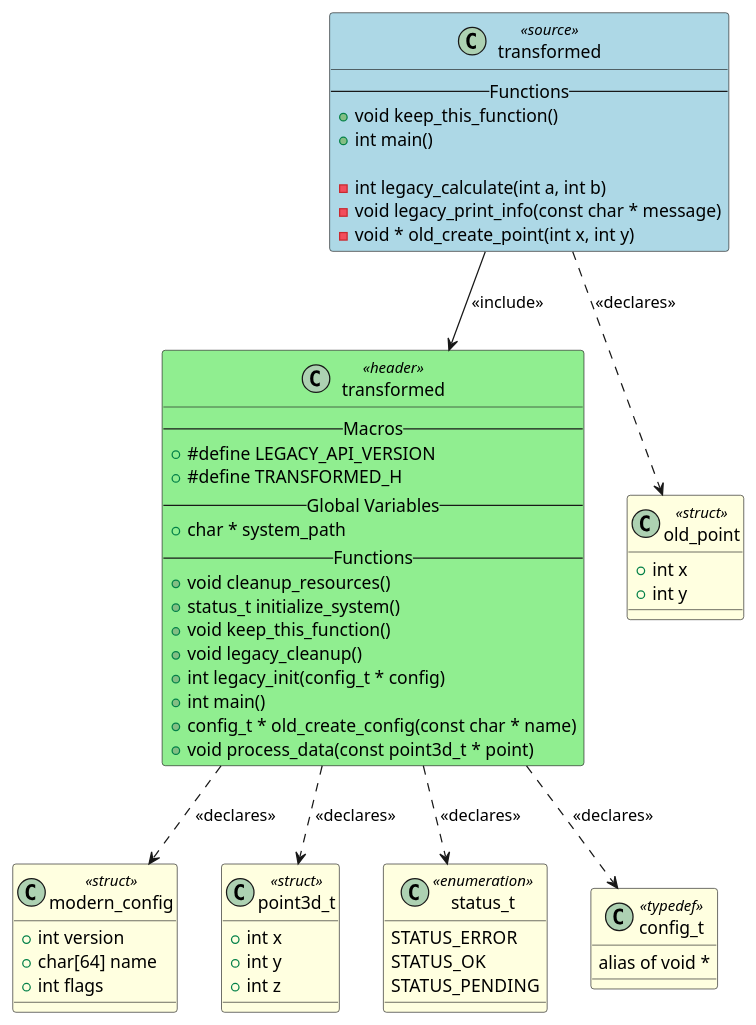
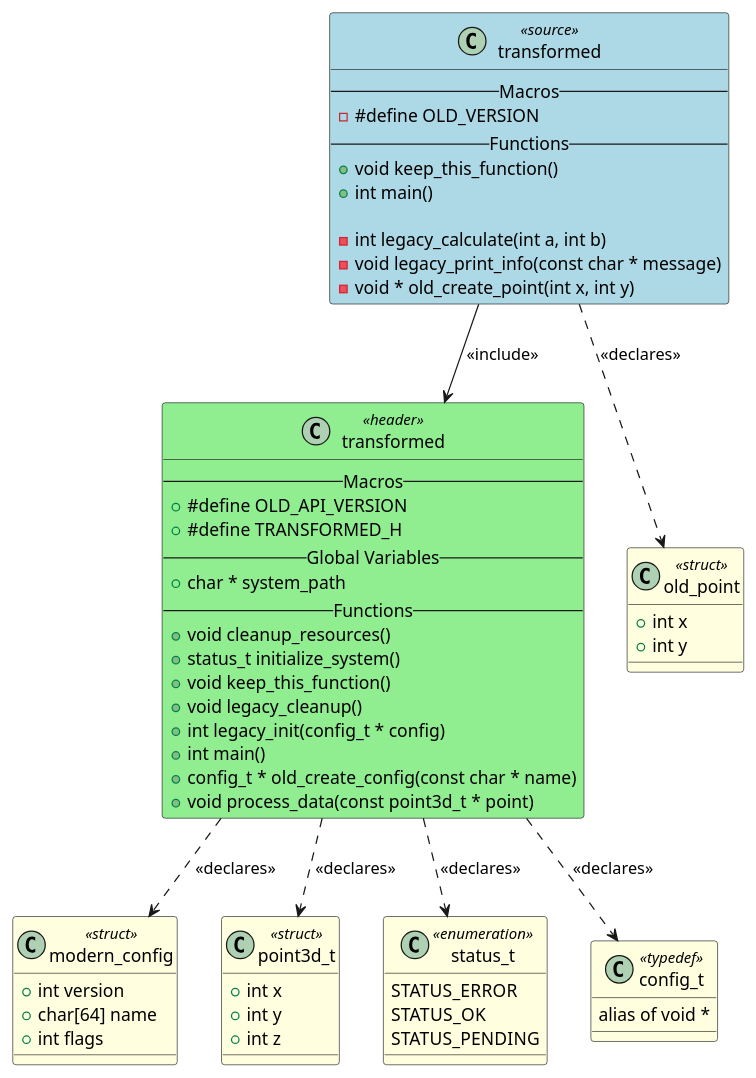
The diagram in artifacts/output_example/transformed.puml (fischerjooo/c2puml), drawn with PlantUML before and after one commit. The commit also changed 5 other files, not shown here.

```diff
--- a/artifacts/output_example/transformed.puml
+++ b/artifacts/output_example/transformed.puml
@@ -1,77 +1,79 @@
 @startuml transformed
 
 class "transformed" as TRANSFORMED <<source>> #LightBlue
 {
+    -- Macros --
+    - #define OLD_VERSION
     -- Functions --
     + void keep_this_function()
     + int main()
 
     - int legacy_calculate(int a, int b)
     - void legacy_print_info(const char * message)
     - void * old_create_point(int x, int y)
 }
 
 class "transformed" as HEADER_TRANSFORMED <<header>> #LightGreen
 {
     -- Macros --
-    + #define LEGACY_API_VERSION
+    + #define OLD_API_VERSION
     + #define TRANSFORMED_H
     -- Global Variables --
     + char * system_path
     -- Functions --
     + void cleanup_resources()
     + status_t initialize_system()
     + void keep_this_function()
     + void legacy_cleanup()
     + int legacy_init(config_t * config)
     + int main()
     + config_t * old_create_config(const char * name)
     + void process_data(const point3d_t * point)
 }
 
 class "old_point" as TYPEDEF_OLD_POINT <<struct>> #LightYellow
 {
     + int x
     + int y
 }
 
 class "modern_config" as TYPEDEF_MODERN_CONFIG <<struct>> #LightYellow
 {
     + int version
     + char[64] name
     + int flags
 }
 
 class "point3d_t" as TYPEDEF_POINT3D_T <<struct>> #LightYellow
 {
     + int x
     + int y
     + int z
 }
 
 class "status_t" as TYPEDEF_STATUS_T <<enumeration>> #LightYellow
 {
     STATUS_ERROR
     STATUS_OK
     STATUS_PENDING
 }
 
 class "config_t" as TYPEDEF_CONFIG_T <<typedef>> #LightYellow
 {
     alias of void *
 }
 
 
 ' Include relationships
 TRANSFORMED --> HEADER_TRANSFORMED : <<include>>
 
 ' Declaration relationships
 TRANSFORMED ..> TYPEDEF_OLD_POINT : <<declares>>
 HEADER_TRANSFORMED ..> TYPEDEF_MODERN_CONFIG : <<declares>>
 HEADER_TRANSFORMED ..> TYPEDEF_POINT3D_T : <<declares>>
 HEADER_TRANSFORMED ..> TYPEDEF_STATUS_T : <<declares>>
 HEADER_TRANSFORMED ..> TYPEDEF_CONFIG_T : <<declares>>
 
 ' Uses relationships
 
 @enduml
```
